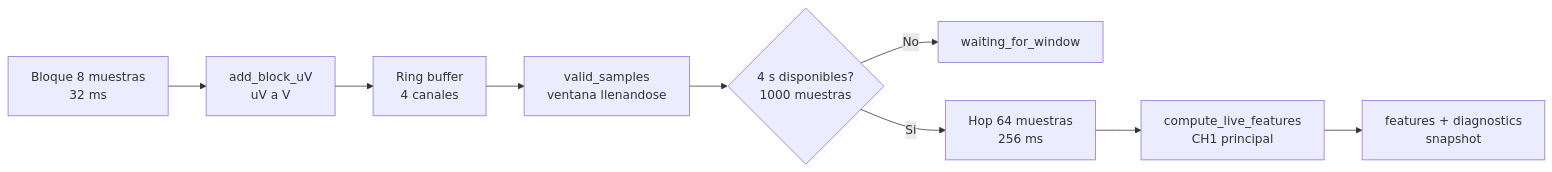
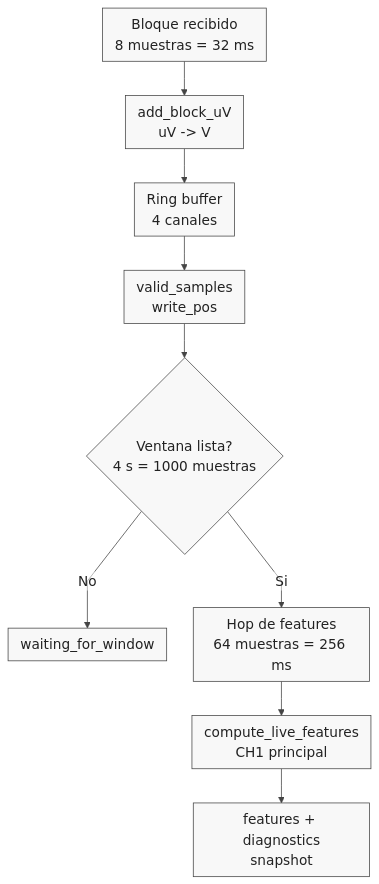
The diagram in TFG_EEG_MIDI/images/uml/impl_backend_buffer_ventana.mmd (valtorresm97/REDACCION-TFG), drawn with Mermaid before and after one commit.

Commit message:
Improve Python backend buffer Mermaid diagram style

```diff
--- a/TFG_EEG_MIDI/images/uml/impl_backend_buffer_ventana.mmd
+++ b/TFG_EEG_MIDI/images/uml/impl_backend_buffer_ventana.mmd
@@ -1,9 +1,10 @@
-flowchart LR
-  b1["Bloque 8 muestras\n32 ms"] --> conv["add_block_uV\nuV a V"]
+%%{init: {"theme": "base", "themeVariables": {"fontFamily": "Arial", "fontSize": "18px", "primaryColor": "#F8F8F8", "primaryTextColor": "#222222", "primaryBorderColor": "#444444", "lineColor": "#444444", "secondaryColor": "#FFFFFF", "tertiaryColor": "#FFFFFF"}, "flowchart": {"curve": "linear", "nodeSpacing": 35, "rankSpacing": 45, "padding": 8, "htmlLabels": false}}}%%
+flowchart TB
+  b1["Bloque recibido\n8 muestras = 32 ms"] --> conv["add_block_uV\nuV -> V"]
   conv --> rb["Ring buffer\n4 canales"]
-  rb --> fill["valid_samples\nventana llenandose"]
-  fill --> ready{"4 s disponibles?\n1000 muestras"}
+  rb --> status["valid_samples\nwrite_pos"]
+  status --> ready{"Ventana lista?\n4 s = 1000 muestras"}
   ready -- "No" --> wait["waiting_for_window"]
-  ready -- "Si" --> hop["Hop 64 muestras\n256 ms"]
+  ready -- "Si" --> hop["Hop de features\n64 muestras = 256 ms"]
   hop --> feat["compute_live_features\nCH1 principal"]
   feat --> snap["features + diagnostics\nsnapshot"]
```
